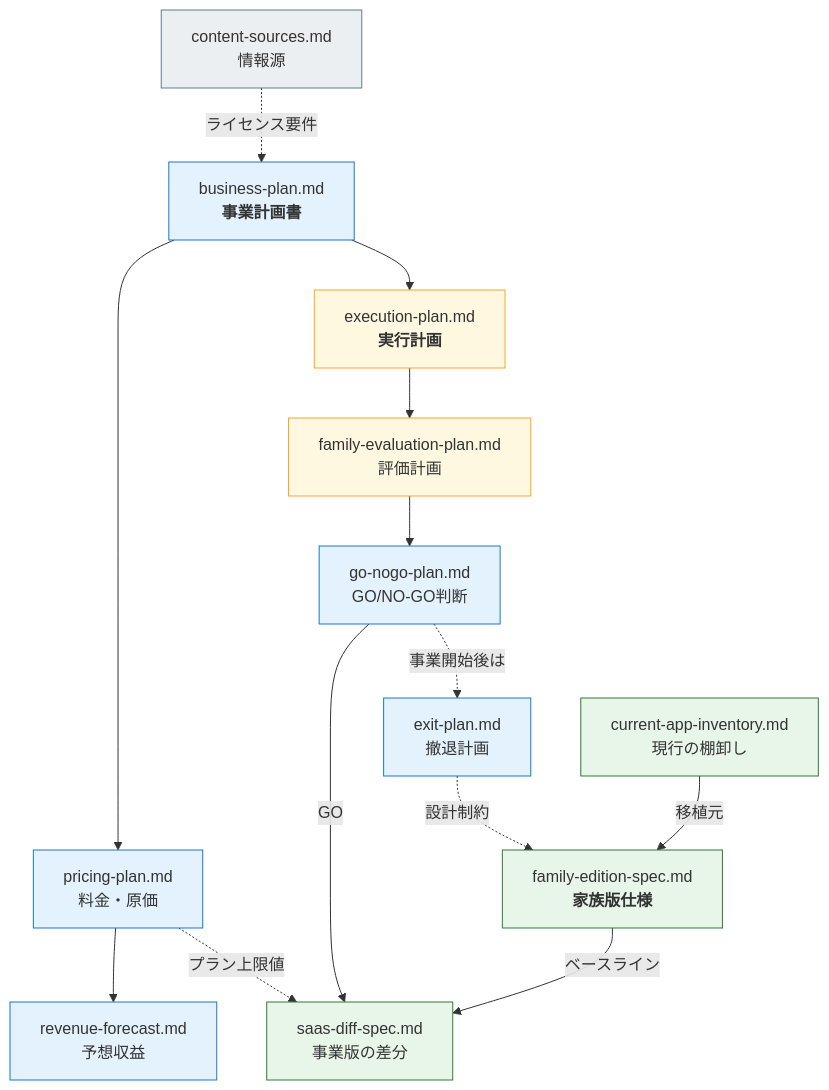
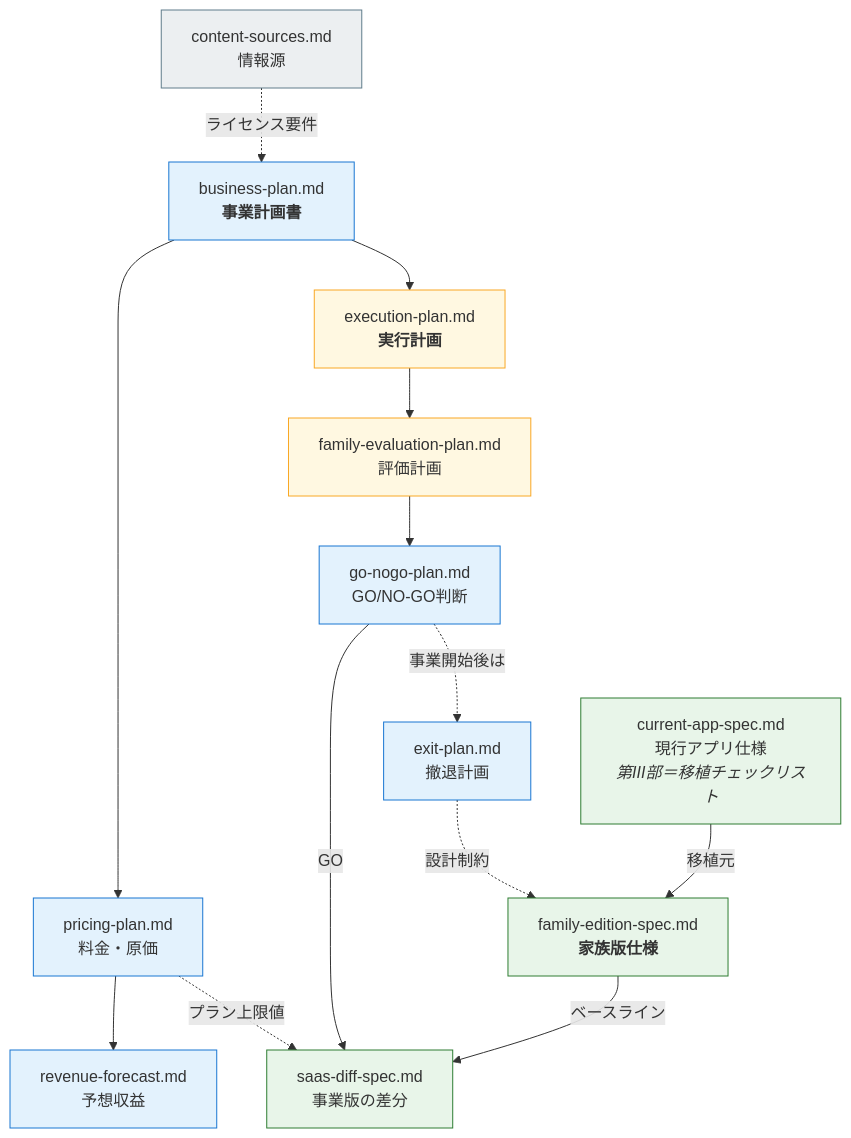
The diagram in docs/README.md (hisataka0206/englishLearningApp), drawn with Mermaid before and after one commit. The commit also changed other lines of this file and 7 other files, not shown here.

First line of the commit message:
docs: 現行アプリの3仕様書を current-app-spec.md に統合

````diff
--- a/docs/README.md
+++ b/docs/README.md
@@ -52,33 +54,33 @@
 ```mermaid
 flowchart TB
     BP["business-plan.md<br/><b>事業計画書</b>"]:::biz
     PRC["pricing-plan.md<br/>料金・原価"]:::biz
     REV["revenue-forecast.md<br/>予想収益"]:::biz
     GNG["go-nogo-plan.md<br/>GO/NO-GO判断"]:::biz
     EXIT["exit-plan.md<br/>撤退計画"]:::biz
 
-    INV["current-app-inventory.md<br/>現行の棚卸し"]:::spec
+    INV["current-app-spec.md<br/>現行アプリ仕様<br/><i>第III部＝移植チェックリスト</i>"]:::spec
     FAM["family-edition-spec.md<br/><b>家族版仕様</b>"]:::spec
     DIFF["saas-diff-spec.md<br/>事業版の差分"]:::spec
 
     EXE["execution-plan.md<br/><b>実行計画</b>"]:::plan
     EVAL["family-evaluation-plan.md<br/>評価計画"]:::plan
 
     SRC["content-sources.md<br/>情報源"]:::res
 
     BP --> PRC --> REV
     BP --> EXE
     SRC -.->|"ライセンス要件"| BP
     INV -->|"移植元"| FAM
     FAM -->|"ベースライン"| DIFF
     EXE --> EVAL --> GNG
     GNG -->|"GO"| DIFF
     GNG -.->|"事業開始後は"| EXIT
     EXIT -.->|"設計制約"| FAM
     PRC -.->|"プラン上限値"| DIFF
 
     classDef biz fill:#e3f2fd,stroke:#1976d2
     classDef spec fill:#e8f5e9,stroke:#2e7d32
     classDef plan fill:#fff8e1,stroke:#f9a825
     classDef res fill:#eceff1,stroke:#607d8b
 ```
````
